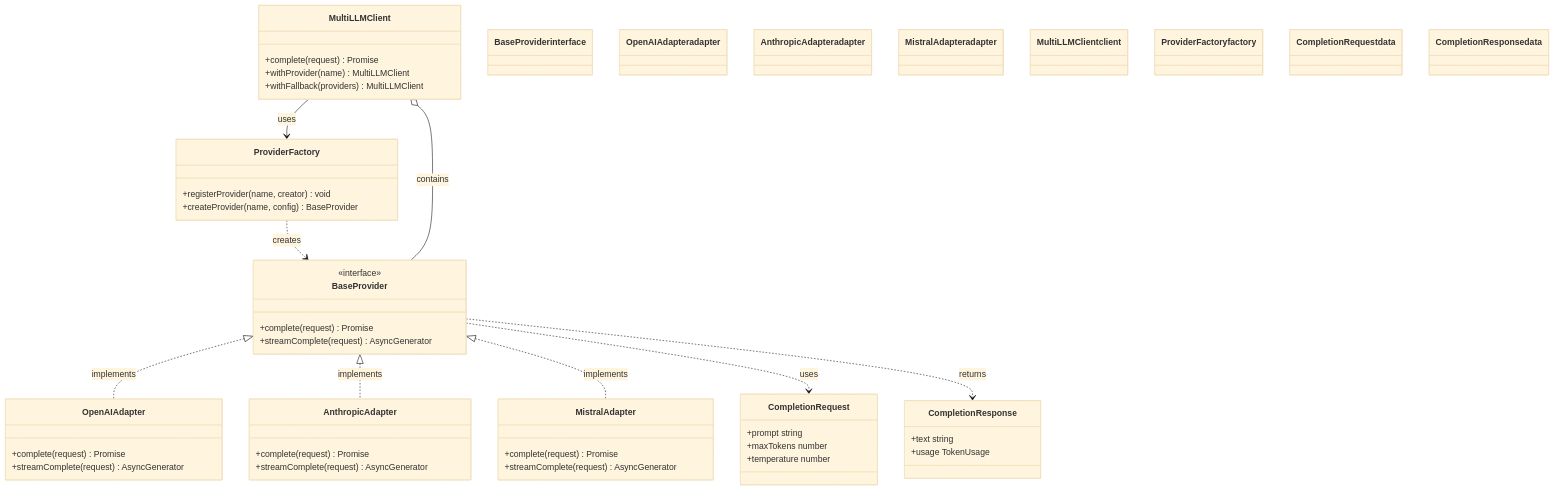
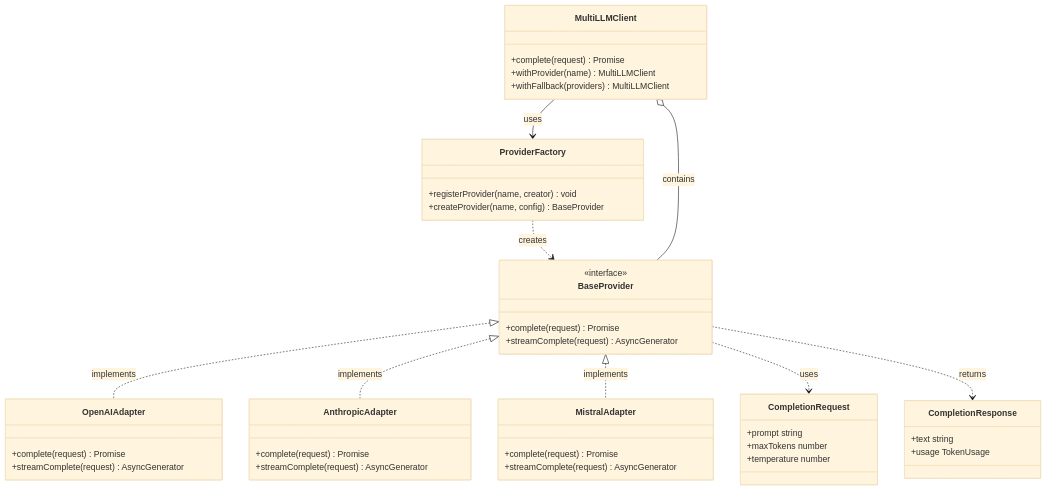
One commit to emilybae1705/multi-LLM-SDK changed the diagram in README.md. Above: the diagram before and after it, drawn with Mermaid (base theme).

Commit message:
cleaning class diagram

````diff
--- a/README.md
+++ b/README.md
@@ -7,78 +7,69 @@
 ```mermaid
 classDiagram
     %% Core Interfaces
     class BaseProvider {
         <<interface>>
         +complete(request) Promise
         +streamComplete(request) AsyncGenerator
     }
     
     %% Provider Adapters
     class OpenAIAdapter {
         +complete(request) Promise
         +streamComplete(request) AsyncGenerator
     }
     
     class AnthropicAdapter {
         +complete(request) Promise
         +streamComplete(request) AsyncGenerator
     }
     
     class MistralAdapter {
         +complete(request) Promise
         +streamComplete(request) AsyncGenerator
     }
     
     %% Factory
     class ProviderFactory {
         +registerProvider(name, creator) void
         +createProvider(name, config) BaseProvider
     }
     
     %% Main Client
     class MultiLLMClient {
         +complete(request) Promise
         +withProvider(name) MultiLLMClient
         +withFallback(providers) MultiLLMClient
     }
     
     %% Data Models
     class CompletionRequest {
         +prompt string
         +maxTokens number
         +temperature number
     }
     
     class CompletionResponse {
         +text string
         +usage TokenUsage
     }
     
     %% Key Relationships
     BaseProvider <|.. OpenAIAdapter : implements
     BaseProvider <|.. AnthropicAdapter : implements
     BaseProvider <|.. MistralAdapter : implements
     
     ProviderFactory ..> BaseProvider : creates
     MultiLLMClient o-- BaseProvider : contains
     MultiLLMClient --> ProviderFactory : uses
     
     BaseProvider ..> CompletionRequest : uses
     BaseProvider ..> CompletionResponse : returns
     
     %% Styling
     classDef interface fill:#f5f5f5,stroke:#666,stroke-width:1px
     classDef adapter fill:#e1f5fe,stroke:#03a9f4,stroke-width:1px
     classDef client fill:#e8f5e9,stroke:#4caf50,stroke-width:1px
     classDef factory fill:#fff8e1,stroke:#ffc107,stroke-width:1px
     classDef data fill:#f3e5f5,stroke:#9c27b0,stroke-width:1px
-    
-    class BaseProvider interface
-    class OpenAIAdapter adapter
-    class AnthropicAdapter adapter
-    class MistralAdapter adapter
-    class MultiLLMClient client
-    class ProviderFactory factory
-    class CompletionRequest data
-    class CompletionResponse data
 ```
````
